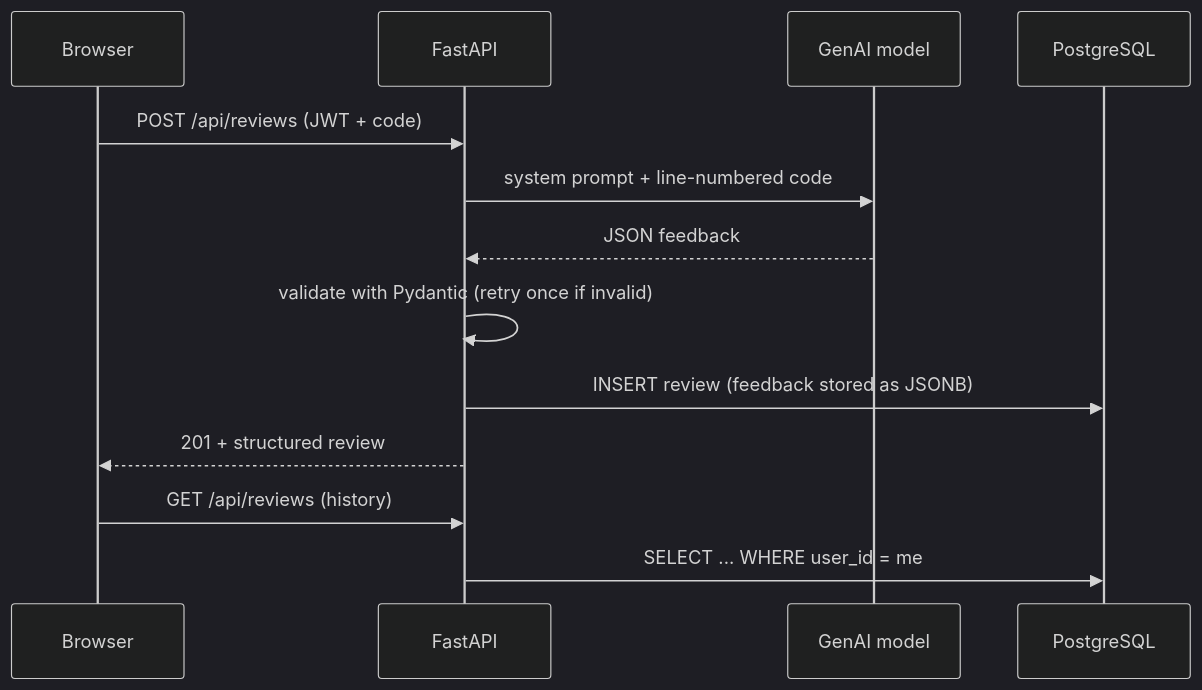
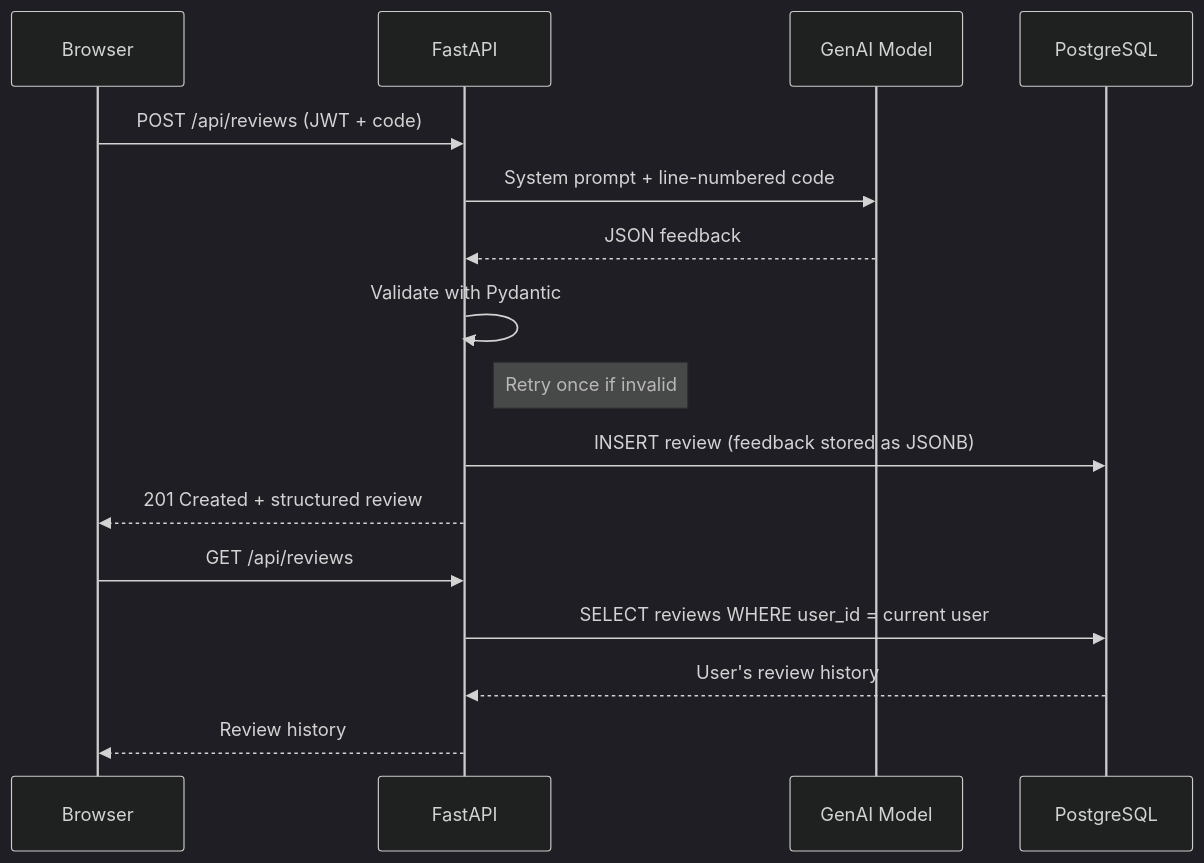
The diagram in README.md (garvit-07/AI-Powered-Code-Review-Assistant), drawn with Mermaid (dark theme) before and after one commit. The commit also changed other lines of this file, not shown here.

````diff
--- a/README.md
+++ b/README.md
@@ -34,15 +41,20 @@
 ```mermaid
 sequenceDiagram
     participant U as Browser
     participant A as FastAPI
-    participant L as GenAI model
+    participant L as GenAI Model
     participant D as PostgreSQL
+
     U->>A: POST /api/reviews (JWT + code)
-    A->>L: system prompt + line-numbered code
+    A->>L: System prompt + line-numbered code
     L-->>A: JSON feedback
-    A->>A: validate with Pydantic (retry once if invalid)
+    A->>A: Validate with Pydantic
+    Note right of A: Retry once if invalid
     A->>D: INSERT review (feedback stored as JSONB)
-    A-->>U: 201 + structured review
-    U->>A: GET /api/reviews (history)
-    A->>D: SELECT ... WHERE user_id = me
+    A-->>U: 201 Created + structured review
+
+    U->>A: GET /api/reviews
+    A->>D: SELECT reviews WHERE user_id = current user
+    D-->>A: User's review history
+    A-->>U: Review history
 ```
````
